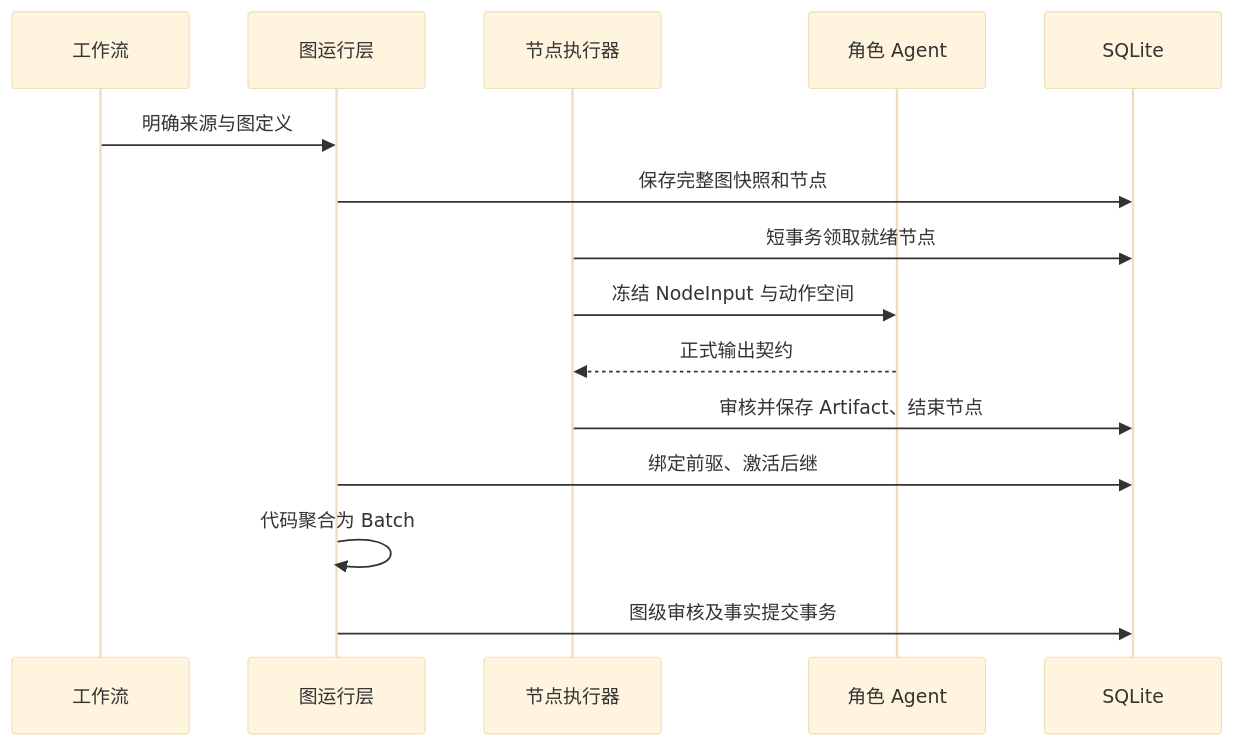
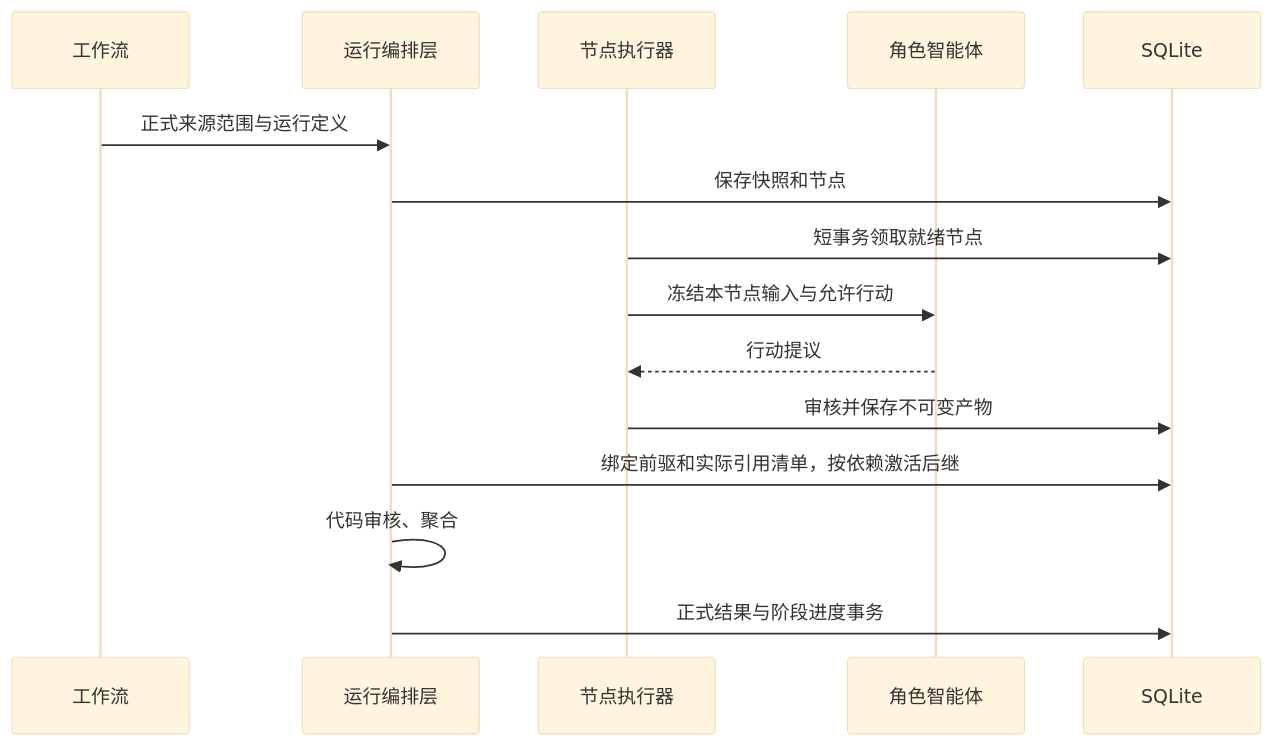
The diagram in server/docs/design/reflection/execution-model.md (Weilan0811/echo-commons), drawn with Mermaid (base theme) before and after one commit. The commit also changed other lines of this file and 25 other files, not shown here.

````diff
--- a/server/docs/design/reflection/execution-model.md
+++ b/server/docs/design/reflection/execution-model.md
@@ -23,17 +27,17 @@
 ```mermaid
 sequenceDiagram
-  participant W as 工作流
-  participant G as 图运行层
-  participant N as 节点执行器
-  participant A as 角色 Agent
-  participant DB as SQLite
-  W->>G: 明确来源与图定义
-  G->>DB: 保存完整图快照和节点
-  N->>DB: 短事务领取就绪节点
-  N->>A: 冻结 NodeInput 与动作空间
-  A-->>N: 正式输出契约
-  N->>DB: 审核并保存 Artifact、结束节点
-  G->>DB: 绑定前驱、激活后继
-  G->>G: 代码聚合为 Batch
-  G->>DB: 图级审核及事实提交事务
+    participant W as 工作流
+    participant R as 运行编排层
+    participant N as 节点执行器
+    participant A as 角色智能体
+    participant DB as SQLite
+    W->>R: 正式来源范围与运行定义
+    R->>DB: 保存快照和节点
+    N->>DB: 短事务领取就绪节点
+    N->>A: 冻结本节点输入与允许行动
+    A-->>N: 行动提议
+    N->>DB: 审核并保存不可变产物
+    R->>DB: 绑定前驱和实际引用清单，按依赖激活后继
+    R->>R: 代码审核、聚合
+    R->>DB: 正式结果与阶段进度事务
 ```
````
